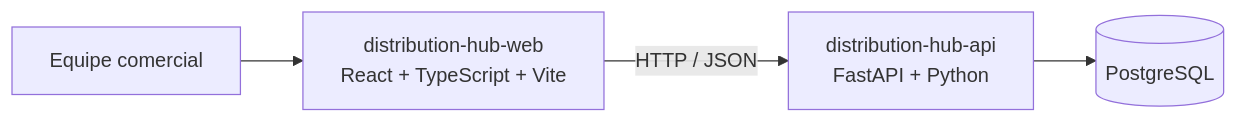
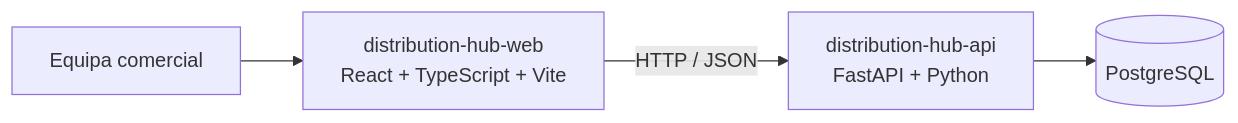
The diagram in docs/architecture.md (lc-curto/distribution-hub-api), drawn with Mermaid before and after one commit. The commit also changed other lines of this file, not shown here.

Commit message:
docs: align architecture with current models and migrations

````diff
--- a/docs/architecture.md
+++ b/docs/architecture.md
@@ -7,6 +7,6 @@
 ```mermaid
 flowchart LR
-    Pessoa[Equipe comercial] --> Web[distribution-hub-web<br/>React + TypeScript + Vite]
+    Pessoa[Equipa comercial] --> Web[distribution-hub-web<br/>React + TypeScript + Vite]
     Web -->|HTTP / JSON| API[distribution-hub-api<br/>FastAPI + Python]
     API --> DB[(PostgreSQL)]
 ```
````
